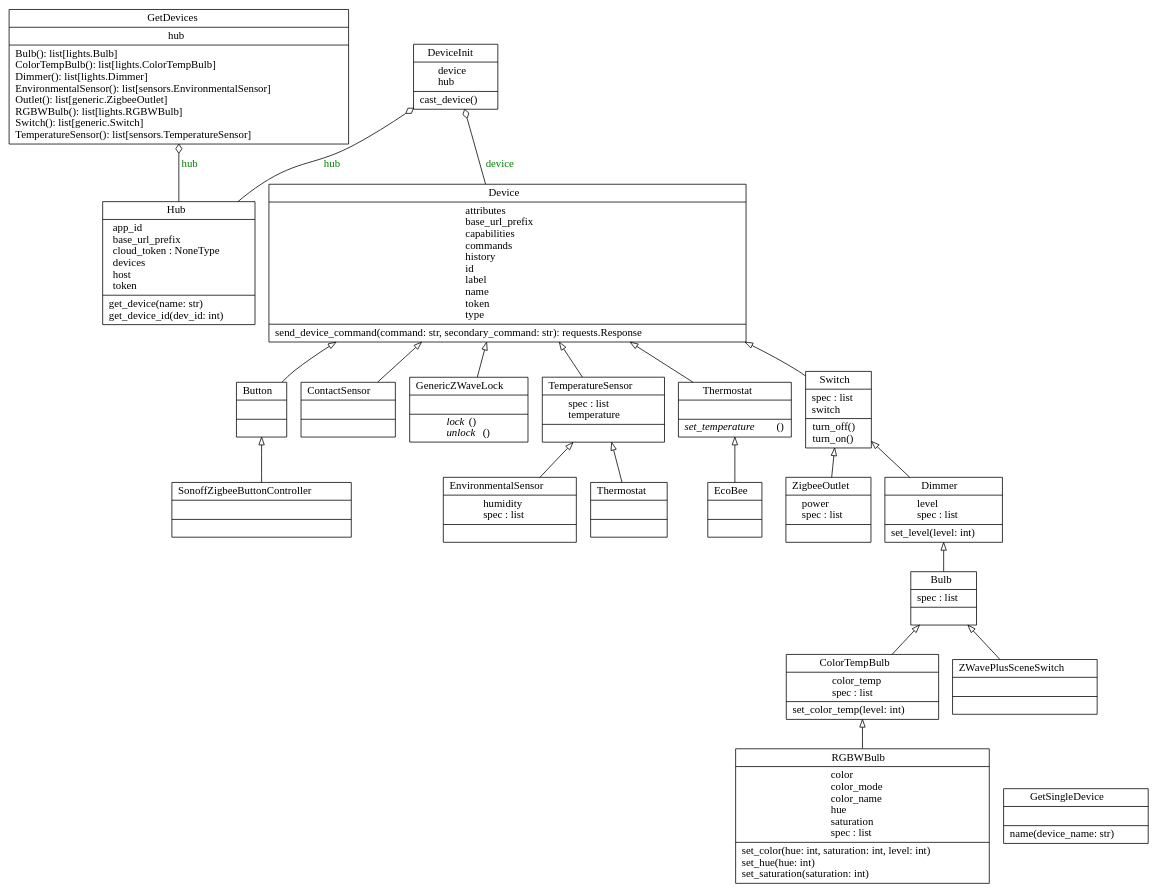
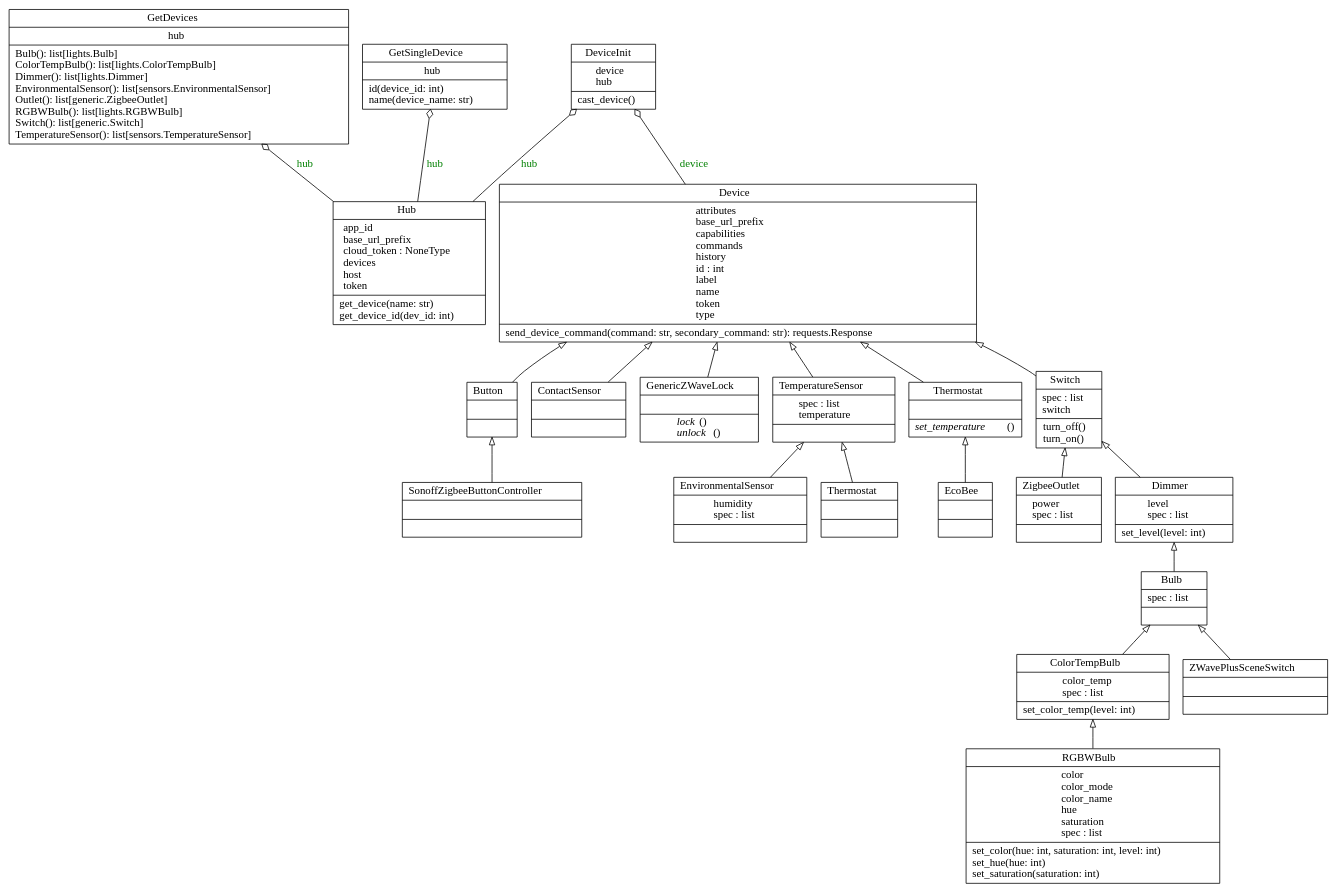
Before and after one commit to Jelloeater/hubitatcontrol: the diagram in docs/classes.dot, drawn with Graphviz. The commit also changed 6 other files, not shown here.

Commit message:
Added single device methods

```diff
--- a/docs/classes.dot
+++ b/docs/classes.dot
@@ -1,44 +1,45 @@
 digraph "classes" {
 rankdir=BT
 charset="utf-8"
 "hubitatcontrol.lights.Bulb" [color="black", fontcolor="black", label=<{Bulb|spec : list<br ALIGN="LEFT"/>|}>, shape="record", style="solid"];
 "hubitatcontrol.generic.Button" [color="black", fontcolor="black", label=<{Button|<br ALIGN="LEFT"/>|}>, shape="record", style="solid"];
 "hubitatcontrol.lights.ColorTempBulb" [color="black", fontcolor="black", label=<{ColorTempBulb|color_temp<br ALIGN="LEFT"/>spec : list<br ALIGN="LEFT"/>|set_color_temp(level: int)<br ALIGN="LEFT"/>}>, shape="record", style="solid"];
 "hubitatcontrol.sensors.ContactSensor" [color="black", fontcolor="black", label=<{ContactSensor|<br ALIGN="LEFT"/>|}>, shape="record", style="solid"];
-"hubitatcontrol.hub.Device" [color="black", fontcolor="black", label=<{Device|attributes<br ALIGN="LEFT"/>base_url_prefix<br ALIGN="LEFT"/>capabilities<br ALIGN="LEFT"/>commands<br ALIGN="LEFT"/>history<br ALIGN="LEFT"/>id<br ALIGN="LEFT"/>label<br ALIGN="LEFT"/>name<br ALIGN="LEFT"/>token<br ALIGN="LEFT"/>type<br ALIGN="LEFT"/>|send_device_command(command: str, secondary_command: str): requests.Response<br ALIGN="LEFT"/>}>, shape="record", style="solid"];
+"hubitatcontrol.hub.Device" [color="black", fontcolor="black", label=<{Device|attributes<br ALIGN="LEFT"/>base_url_prefix<br ALIGN="LEFT"/>capabilities<br ALIGN="LEFT"/>commands<br ALIGN="LEFT"/>history<br ALIGN="LEFT"/>id : int<br ALIGN="LEFT"/>label<br ALIGN="LEFT"/>name<br ALIGN="LEFT"/>token<br ALIGN="LEFT"/>type<br ALIGN="LEFT"/>|send_device_command(command: str, secondary_command: str): requests.Response<br ALIGN="LEFT"/>}>, shape="record", style="solid"];
 "hubitatcontrol.DeviceInit" [color="black", fontcolor="black", label=<{DeviceInit|device<br ALIGN="LEFT"/>hub<br ALIGN="LEFT"/>|cast_device()<br ALIGN="LEFT"/>}>, shape="record", style="solid"];
 "hubitatcontrol.lights.Dimmer" [color="black", fontcolor="black", label=<{Dimmer|level<br ALIGN="LEFT"/>spec : list<br ALIGN="LEFT"/>|set_level(level: int)<br ALIGN="LEFT"/>}>, shape="record", style="solid"];
 "hubitatcontrol.generic.EcoBee" [color="black", fontcolor="black", label=<{EcoBee|<br ALIGN="LEFT"/>|}>, shape="record", style="solid"];
 "hubitatcontrol.sensors.EnvironmentalSensor" [color="black", fontcolor="black", label=<{EnvironmentalSensor|humidity<br ALIGN="LEFT"/>spec : list<br ALIGN="LEFT"/>|}>, shape="record", style="solid"];
 "hubitatcontrol.generic.GenericZWaveLock" [color="black", fontcolor="black", label=<{GenericZWaveLock|<br ALIGN="LEFT"/>|<I>lock</I>()<br ALIGN="LEFT"/><I>unlock</I>()<br ALIGN="LEFT"/>}>, shape="record", style="solid"];
 "hubitatcontrol.GetDevices" [color="black", fontcolor="black", label=<{GetDevices|hub<br ALIGN="LEFT"/>|Bulb(): list[lights.Bulb]<br ALIGN="LEFT"/>ColorTempBulb(): list[lights.ColorTempBulb]<br ALIGN="LEFT"/>Dimmer(): list[lights.Dimmer]<br ALIGN="LEFT"/>EnvironmentalSensor(): list[sensors.EnvironmentalSensor]<br ALIGN="LEFT"/>Outlet(): list[generic.ZigbeeOutlet]<br ALIGN="LEFT"/>RGBWBulb(): list[lights.RGBWBulb]<br ALIGN="LEFT"/>Switch(): list[generic.Switch]<br ALIGN="LEFT"/>TemperatureSensor(): list[sensors.TemperatureSensor]<br ALIGN="LEFT"/>}>, shape="record", style="solid"];
-"hubitatcontrol.GetSingleDevice" [color="black", fontcolor="black", label=<{GetSingleDevice|<br ALIGN="LEFT"/>|name(device_name: str)<br ALIGN="LEFT"/>}>, shape="record", style="solid"];
+"hubitatcontrol.GetSingleDevice" [color="black", fontcolor="black", label=<{GetSingleDevice|hub<br ALIGN="LEFT"/>|id(device_id: int)<br ALIGN="LEFT"/>name(device_name: str)<br ALIGN="LEFT"/>}>, shape="record", style="solid"];
 "hubitatcontrol.hub.Hub" [color="black", fontcolor="black", label=<{Hub|app_id<br ALIGN="LEFT"/>base_url_prefix<br ALIGN="LEFT"/>cloud_token : NoneType<br ALIGN="LEFT"/>devices<br ALIGN="LEFT"/>host<br ALIGN="LEFT"/>token<br ALIGN="LEFT"/>|get_device(name: str)<br ALIGN="LEFT"/>get_device_id(dev_id: int)<br ALIGN="LEFT"/>}>, shape="record", style="solid"];
 "hubitatcontrol.lights.RGBWBulb" [color="black", fontcolor="black", label=<{RGBWBulb|color<br ALIGN="LEFT"/>color_mode<br ALIGN="LEFT"/>color_name<br ALIGN="LEFT"/>hue<br ALIGN="LEFT"/>saturation<br ALIGN="LEFT"/>spec : list<br ALIGN="LEFT"/>|set_color(hue: int, saturation: int, level: int)<br ALIGN="LEFT"/>set_hue(hue: int)<br ALIGN="LEFT"/>set_saturation(saturation: int)<br ALIGN="LEFT"/>}>, shape="record", style="solid"];
 "hubitatcontrol.generic.SonoffZigbeeButtonController" [color="black", fontcolor="black", label=<{SonoffZigbeeButtonController|<br ALIGN="LEFT"/>|}>, shape="record", style="solid"];
 "hubitatcontrol.generic.Switch" [color="black", fontcolor="black", label=<{Switch|spec : list<br ALIGN="LEFT"/>switch<br ALIGN="LEFT"/>|turn_off()<br ALIGN="LEFT"/>turn_on()<br ALIGN="LEFT"/>}>, shape="record", style="solid"];
 "hubitatcontrol.sensors.TemperatureSensor" [color="black", fontcolor="black", label=<{TemperatureSensor|spec : list<br ALIGN="LEFT"/>temperature<br ALIGN="LEFT"/>|}>, shape="record", style="solid"];
 "hubitatcontrol.generic.Thermostat" [color="black", fontcolor="black", label=<{Thermostat|<br ALIGN="LEFT"/>|<I>set_temperature</I>()<br ALIGN="LEFT"/>}>, shape="record", style="solid"];
 "hubitatcontrol.environment.Thermostat" [color="black", fontcolor="black", label=<{Thermostat|<br ALIGN="LEFT"/>|}>, shape="record", style="solid"];
 "hubitatcontrol.lights.ZWavePlusSceneSwitch" [color="black", fontcolor="black", label=<{ZWavePlusSceneSwitch|<br ALIGN="LEFT"/>|}>, shape="record", style="solid"];
 "hubitatcontrol.generic.ZigbeeOutlet" [color="black", fontcolor="black", label=<{ZigbeeOutlet|power<br ALIGN="LEFT"/>spec : list<br ALIGN="LEFT"/>|}>, shape="record", style="solid"];
 "hubitatcontrol.environment.Thermostat" -> "hubitatcontrol.sensors.TemperatureSensor" [arrowhead="empty", arrowtail="none"];
 "hubitatcontrol.generic.Button" -> "hubitatcontrol.hub.Device" [arrowhead="empty", arrowtail="none"];
 "hubitatcontrol.generic.EcoBee" -> "hubitatcontrol.generic.Thermostat" [arrowhead="empty", arrowtail="none"];
 "hubitatcontrol.generic.GenericZWaveLock" -> "hubitatcontrol.hub.Device" [arrowhead="empty", arrowtail="none"];
 "hubitatcontrol.generic.SonoffZigbeeButtonController" -> "hubitatcontrol.generic.Button" [arrowhead="empty", arrowtail="none"];
 "hubitatcontrol.generic.Switch" -> "hubitatcontrol.hub.Device" [arrowhead="empty", arrowtail="none"];
 "hubitatcontrol.generic.Thermostat" -> "hubitatcontrol.hub.Device" [arrowhead="empty", arrowtail="none"];
 "hubitatcontrol.generic.ZigbeeOutlet" -> "hubitatcontrol.generic.Switch" [arrowhead="empty", arrowtail="none"];
 "hubitatcontrol.lights.Bulb" -> "hubitatcontrol.lights.Dimmer" [arrowhead="empty", arrowtail="none"];
 "hubitatcontrol.lights.ColorTempBulb" -> "hubitatcontrol.lights.Bulb" [arrowhead="empty", arrowtail="none"];
 "hubitatcontrol.lights.Dimmer" -> "hubitatcontrol.generic.Switch" [arrowhead="empty", arrowtail="none"];
 "hubitatcontrol.lights.RGBWBulb" -> "hubitatcontrol.lights.ColorTempBulb" [arrowhead="empty", arrowtail="none"];
 "hubitatcontrol.lights.ZWavePlusSceneSwitch" -> "hubitatcontrol.lights.Bulb" [arrowhead="empty", arrowtail="none"];
 "hubitatcontrol.sensors.ContactSensor" -> "hubitatcontrol.hub.Device" [arrowhead="empty", arrowtail="none"];
 "hubitatcontrol.sensors.EnvironmentalSensor" -> "hubitatcontrol.sensors.TemperatureSensor" [arrowhead="empty", arrowtail="none"];
 "hubitatcontrol.sensors.TemperatureSensor" -> "hubitatcontrol.hub.Device" [arrowhead="empty", arrowtail="none"];
 "hubitatcontrol.hub.Device" -> "hubitatcontrol.DeviceInit" [arrowhead="odiamond", arrowtail="none", fontcolor="green", label="device", style="solid"];
 "hubitatcontrol.hub.Hub" -> "hubitatcontrol.DeviceInit" [arrowhead="odiamond", arrowtail="none", fontcolor="green", label="hub", style="solid"];
 "hubitatcontrol.hub.Hub" -> "hubitatcontrol.GetDevices" [arrowhead="odiamond", arrowtail="none", fontcolor="green", label="hub", style="solid"];
+"hubitatcontrol.hub.Hub" -> "hubitatcontrol.GetSingleDevice" [arrowhead="odiamond", arrowtail="none", fontcolor="green", label="hub", style="solid"];
 }
```
